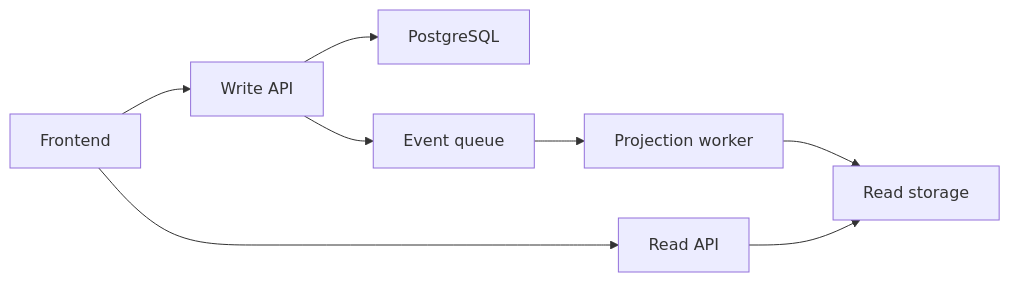
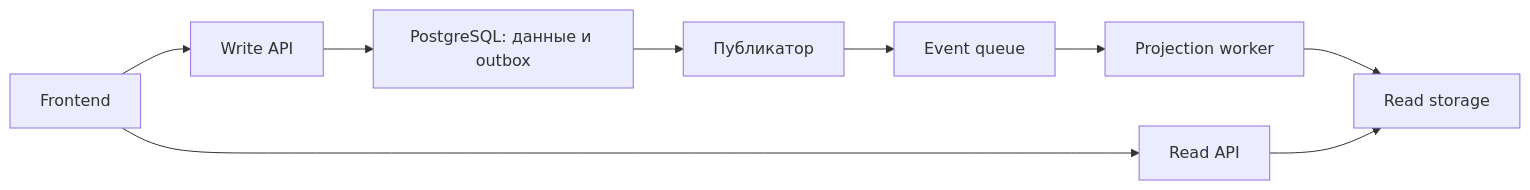
Diagram 15 of 19 in content/lectures/Lec13/vitepress.md (Kert0n/KPO), drawn with Mermaid before and after one commit. The commit also changed other lines of this file, not shown here.

````diff
--- a/content/lectures/Lec13/vitepress.md
+++ b/content/lectures/Lec13/vitepress.md
@@ -1357,10 +1396,11 @@
 ```mermaid
 flowchart LR
     Frontend["Frontend"] --> WriteAPI["Write API"]
     Frontend --> ReadAPI["Read API"]
-    WriteAPI --> WriteDB["PostgreSQL"]
-    WriteAPI --> Queue["Event queue"]
+    WriteAPI --> WriteDB["PostgreSQL: данные и outbox"]
+    WriteDB --> Relay["Публикатор"]
+    Relay --> Queue["Event queue"]
     Queue --> Projector["Projection worker"]
     Projector --> ReadDB["Read storage"]
     ReadAPI --> ReadDB
 ```
````
